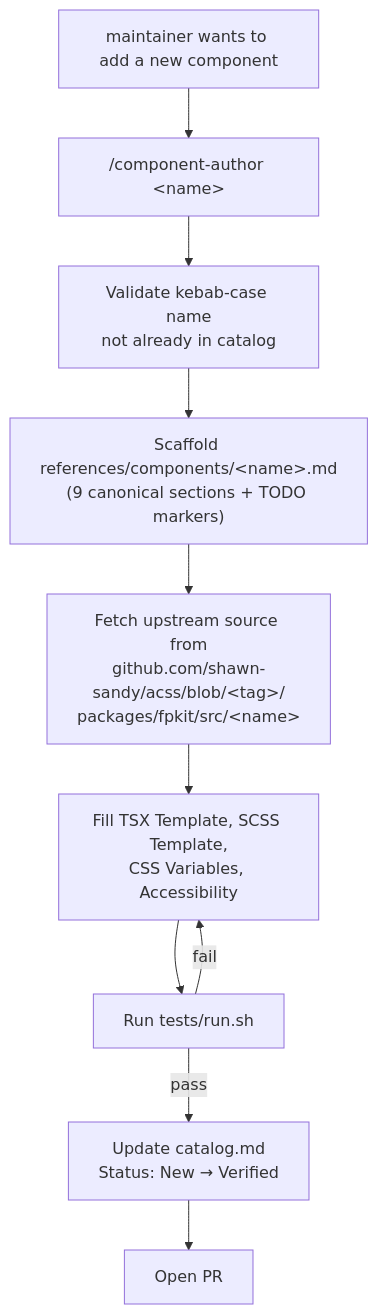
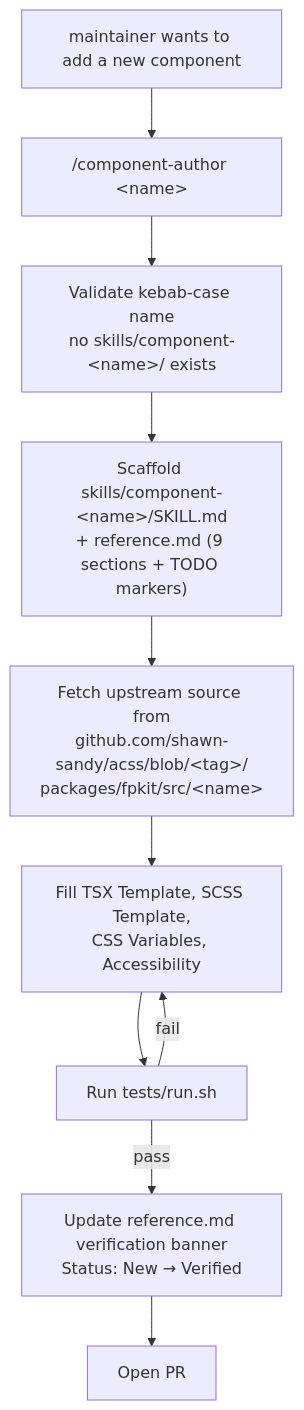
Before and after one commit to shawn-sandy/agentic-acss-plugins: the fifth of 5 diagrams in plugins/acss-kit/docs/visual-guide.md, drawn with Mermaid. The commit also changed other lines of this file and 64 other files, not shown here.

First line of the commit message:
feat(acss-kit): PR 2 — bulk-migrate 14 components to per-component skills, retire catalog.md (v1.2.0)

````diff
--- a/plugins/acss-kit/docs/visual-guide.md
+++ b/plugins/acss-kit/docs/visual-guide.md
@@ -271,22 +271,22 @@
 ```mermaid
 flowchart TD
     Start["maintainer wants to add a new component"]
     Author["/component-author &lt;name&gt;"]
-    Validate["Validate kebab-case name<br/>not already in catalog"]
-    Scaffold["Scaffold references/components/&lt;name&gt;.md<br/>(9 canonical sections + TODO markers)"]
+    Validate["Validate kebab-case name<br/>no skills/component-&lt;name&gt;/ exists"]
+    Scaffold["Scaffold skills/component-&lt;name&gt;/SKILL.md<br/>+ reference.md (9 sections + TODO markers)"]
     Fetch["Fetch upstream source from<br/>github.com/shawn-sandy/acss/blob/&lt;tag&gt;/<br/>packages/fpkit/src/&lt;name&gt;"]
     Fill["Fill TSX Template, SCSS Template,<br/>CSS Variables, Accessibility"]
     Tests["Run tests/run.sh"]
-    Catalog["Update catalog.md<br/>Status: New → Verified"]
+    Catalog["Update reference.md verification banner<br/>Status: New → Verified"]
     PR["Open PR"]
 
     Start --> Author
     Author --> Validate
     Validate --> Scaffold
     Scaffold --> Fetch
     Fetch --> Fill
     Fill --> Tests
     Tests -->|fail| Fill
     Tests -->|pass| Catalog
     Catalog --> PR
 ```
````
